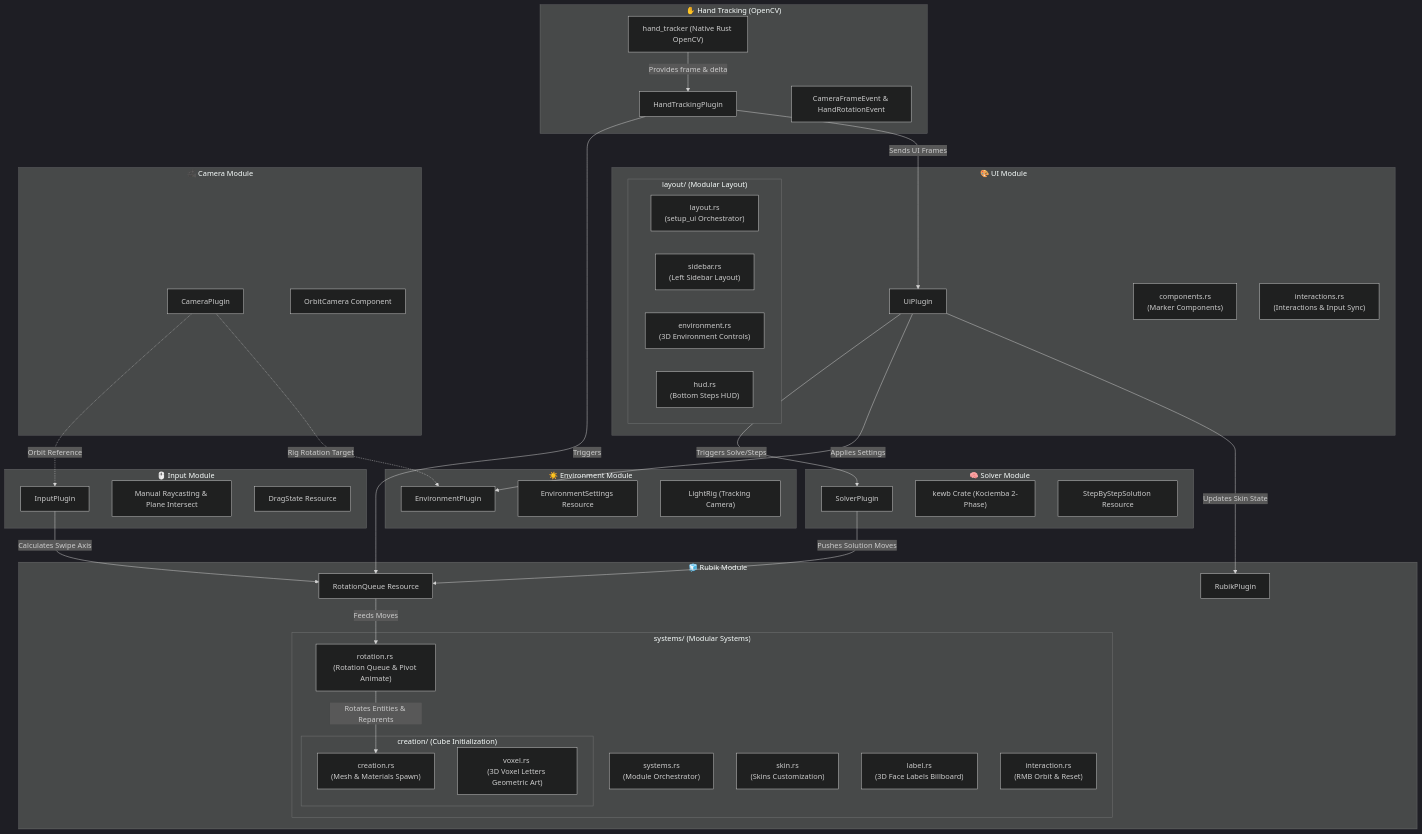
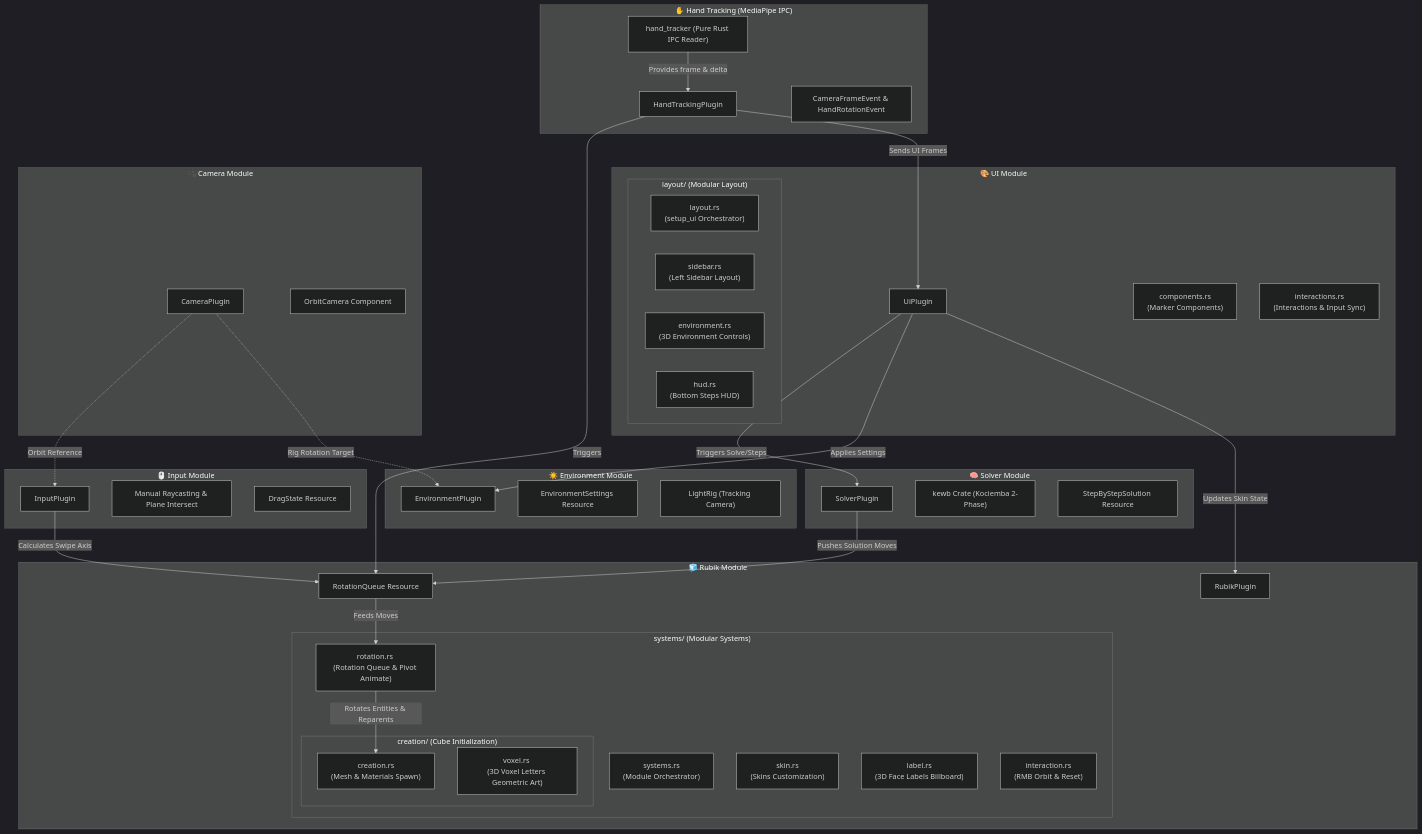
One commit to thichuong/Game_rubik changed the diagram in architecture.md. Above: the diagram before and after it, drawn with Mermaid (dark theme). The commit also changed other lines of this file and 4 other files, not shown here.

Commit message:
refactor: replace native OpenCV hand tracking with a lightweight MediaPipe-based Python IPC implementation and update to Rust 2024 edition

````diff
--- a/architecture.md
+++ b/architecture.md
@@ -11,78 +11,78 @@
 ```mermaid
 graph TD
     %% Module Plugins
     subgraph UI ["🎨 UI Module"]
         UiPlugin["UiPlugin"]
         Components["components.rs <br>(Marker Components)"]
         Interactions["interactions.rs <br>(Interactions & Input Sync)"]
         subgraph Layout ["layout/ (Modular Layout)"]
             LayoutMod["layout.rs <br>(setup_ui Orchestrator)"]
             Sidebar["sidebar.rs <br>(Left Sidebar Layout)"]
             Env["environment.rs <br>(3D Environment Controls)"]
             HUD["hud.rs <br>(Bottom Steps HUD)"]
         end
     end
 
     subgraph Input ["🖱️ Input Module"]
         InputPlugin["InputPlugin"]
         Raycast["Manual Raycasting & Plane Intersect"]
         DragState["DragState Resource"]
     end
 
     subgraph Solver ["🧠 Solver Module"]
         SolverPlugin["SolverPlugin"]
         Kewb["kewb Crate (Kociemba 2-Phase)"]
         StepByStep["StepByStepSolution Resource"]
     end
 
     subgraph Camera ["🎥 Camera Module"]
         CameraPlugin["CameraPlugin"]
         Orbit["OrbitCamera Component"]
     end
 
-    subgraph HandTracking ["✋ Hand Tracking (OpenCV)"]
-        HandTrackerLib["hand_tracker (Native Rust OpenCV)"]
+    subgraph HandTracking ["✋ Hand Tracking (MediaPipe IPC)"]
+        HandTrackerLib["hand_tracker (Pure Rust IPC Reader)"]
         HandTrackingPlugin["HandTrackingPlugin"]
         TrackerData["CameraFrameEvent & HandRotationEvent"]
     end
 
     subgraph Environment ["☀️ Environment Module"]
         EnvPlugin["EnvironmentPlugin"]
         Settings["EnvironmentSettings Resource"]
         LightRig["LightRig (Tracking Camera)"]
     end
 
     subgraph RubikCore ["🧊 Rubik Module"]
         RubikPlugin["RubikPlugin"]
         RotQueue["RotationQueue Resource"]
         subgraph RubikSystems ["systems/ (Modular Systems)"]
             SysOrch["systems.rs <br>(Module Orchestrator)"]
             subgraph RubikCreation ["creation/ (Cube Initialization)"]
                 Creation["creation.rs <br>(Mesh & Materials Spawn)"]
                 Voxel["voxel.rs <br>(3D Voxel Letters Geometric Art)"]
             end
             Rotation["rotation.rs <br>(Rotation Queue & Pivot Animate)"]
             Skin["skin.rs <br>(Skins Customization)"]
             Label["label.rs <br>(3D Face Labels Billboard)"]
             Interaction["interaction.rs <br>(RMB Orbit & Reset)"]
         end
     end
 
     %% Interactions
     UiPlugin -->|Triggers Solve/Steps| SolverPlugin
     UiPlugin -->|Applies Settings| EnvPlugin
     UiPlugin -->|Updates Skin State| RubikPlugin
     
     InputPlugin -->|Calculates Swipe Axis| RotQueue
     SolverPlugin -->|Pushes Solution Moves| RotQueue
     
     RotQueue -->|Feeds Moves| Rotation
     Rotation -->|Rotates Entities & Reparents| Creation
     
     CameraPlugin -.->|Orbit Reference| InputPlugin
     CameraPlugin -.->|Rig Rotation Target| EnvPlugin
     
     HandTrackerLib -->|Provides frame & delta| HandTrackingPlugin
     HandTrackingPlugin -->|Triggers| RotQueue
     HandTrackingPlugin -->|Sends UI Frames| UiPlugin
 ```
````
